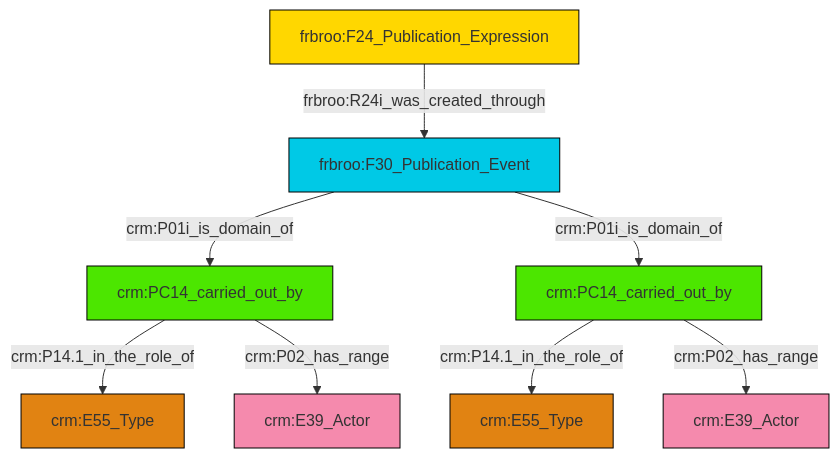
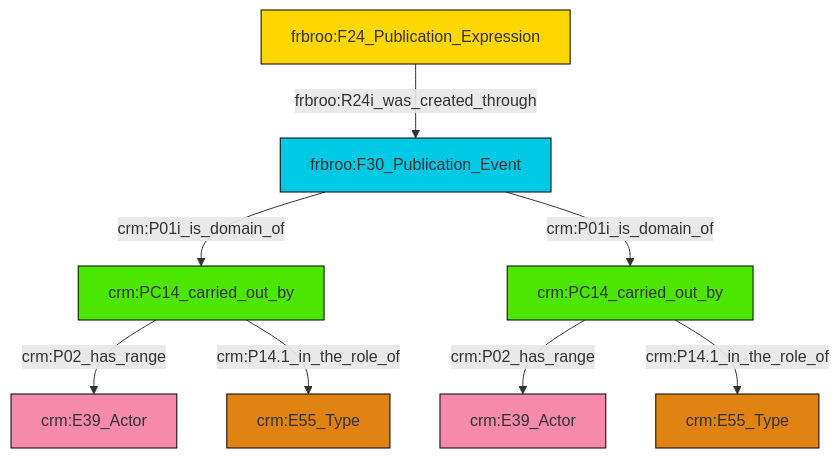
Before and after one commit to ncarboni/srdm: the diagram in et/biblioCSV/ttl/mmd/biblio_actor_relations.ttl.mmd, drawn with Mermaid. The commit also changed 127 other files, not shown here.

```diff
--- a/et/biblioCSV/ttl/mmd/biblio_actor_relations.ttl.mmd
+++ b/et/biblioCSV/ttl/mmd/biblio_actor_relations.ttl.mmd
@@ -1,22 +1,22 @@
 graph TD
 classDef Literal fill:#f2f2f2,stroke:#000000;
 classDef CRM_Entity fill:#FFFFFF,stroke:#000000;
 classDef Temporal_Entity fill:#00C9E6, stroke:#000000;
 classDef Type fill:#E18312, stroke:#000000;
 classDef Time-Span fill:#2C9C91, stroke:#000000;
 classDef Appellation fill:#FFEB7F, stroke:#000000;
 classDef Place fill:#008836, stroke:#000000;
 classDef Persistent_Item fill:#B266B2, stroke:#000000;
 classDef Conceptual_Object fill:#FFD700, stroke:#000000;
 classDef Physical_Thing fill:#D2B48C, stroke:#000000;
 classDef Actor fill:#f58aad, stroke:#000000;
 classDef PC_Classes fill:#4ce600, stroke:#000000;
 classDef Multi fill:#cccccc,stroke:#000000;
 
 0["frbroo:F30_Publication_Event"]:::Temporal_Entity -->|crm:P01i_is_domain_of| 1["crm:PC14_carried_out_by"]:::PC_Classes
-1["crm:PC14_carried_out_by"]:::PC_Classes -->|crm:P14.1_in_the_role_of| 2["crm:E55_Type"]:::Type
-7["frbroo:F24_Publication_Expression"]:::Conceptual_Object -->|frbroo:R24i_was_created_through| 0["frbroo:F30_Publication_Event"]:::Temporal_Entity
-8["crm:PC14_carried_out_by"]:::PC_Classes -->|crm:P14.1_in_the_role_of| 3["crm:E55_Type"]:::Type
-8["crm:PC14_carried_out_by"]:::PC_Classes -->|crm:P02_has_range| 5["crm:E39_Actor"]:::Actor
-0["frbroo:F30_Publication_Event"]:::Temporal_Entity -->|crm:P01i_is_domain_of| 8["crm:PC14_carried_out_by"]:::PC_Classes
-1["crm:PC14_carried_out_by"]:::PC_Classes -->|crm:P02_has_range| 10["crm:E39_Actor"]:::Actor
+6["crm:PC14_carried_out_by"]:::PC_Classes -->|crm:P02_has_range| 7["crm:E39_Actor"]:::Actor
+0["frbroo:F30_Publication_Event"]:::Temporal_Entity -->|crm:P01i_is_domain_of| 6["crm:PC14_carried_out_by"]:::PC_Classes
+6["crm:PC14_carried_out_by"]:::PC_Classes -->|crm:P14.1_in_the_role_of| 10["crm:E55_Type"]:::Type
+4["frbroo:F24_Publication_Expression"]:::Conceptual_Object -->|frbroo:R24i_was_created_through| 0["frbroo:F30_Publication_Event"]:::Temporal_Entity
+1["crm:PC14_carried_out_by"]:::PC_Classes -->|crm:P02_has_range| 2["crm:E39_Actor"]:::Actor
+1["crm:PC14_carried_out_by"]:::PC_Classes -->|crm:P14.1_in_the_role_of| 11["crm:E55_Type"]:::Type
```
